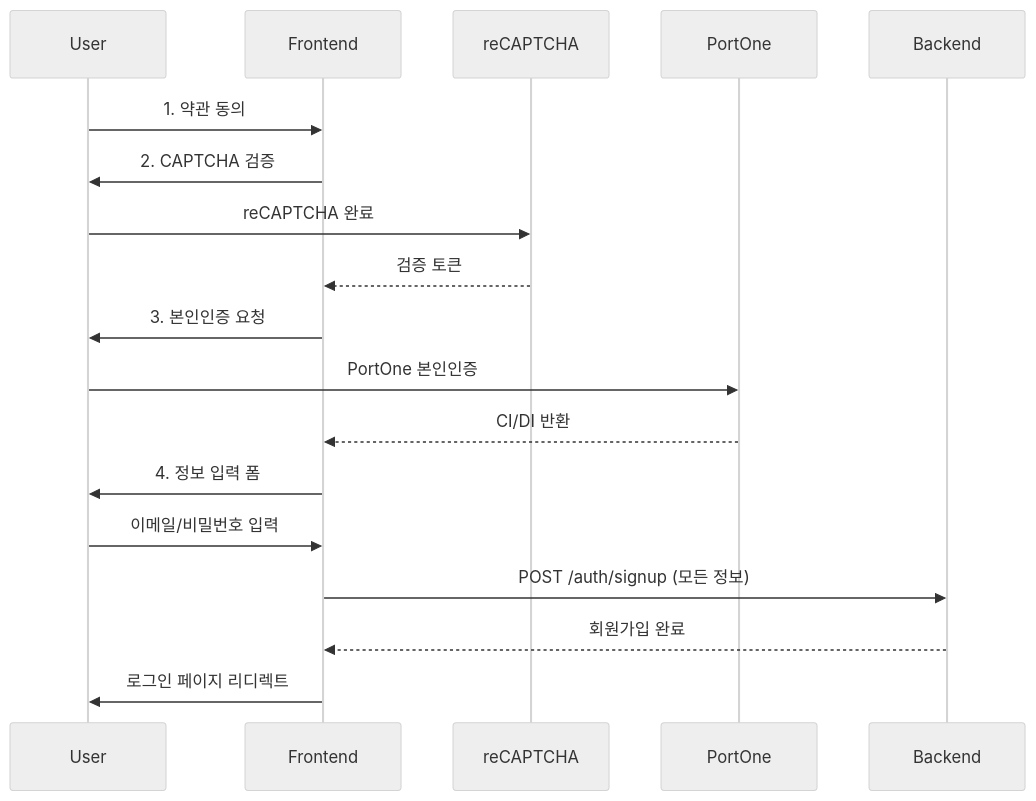
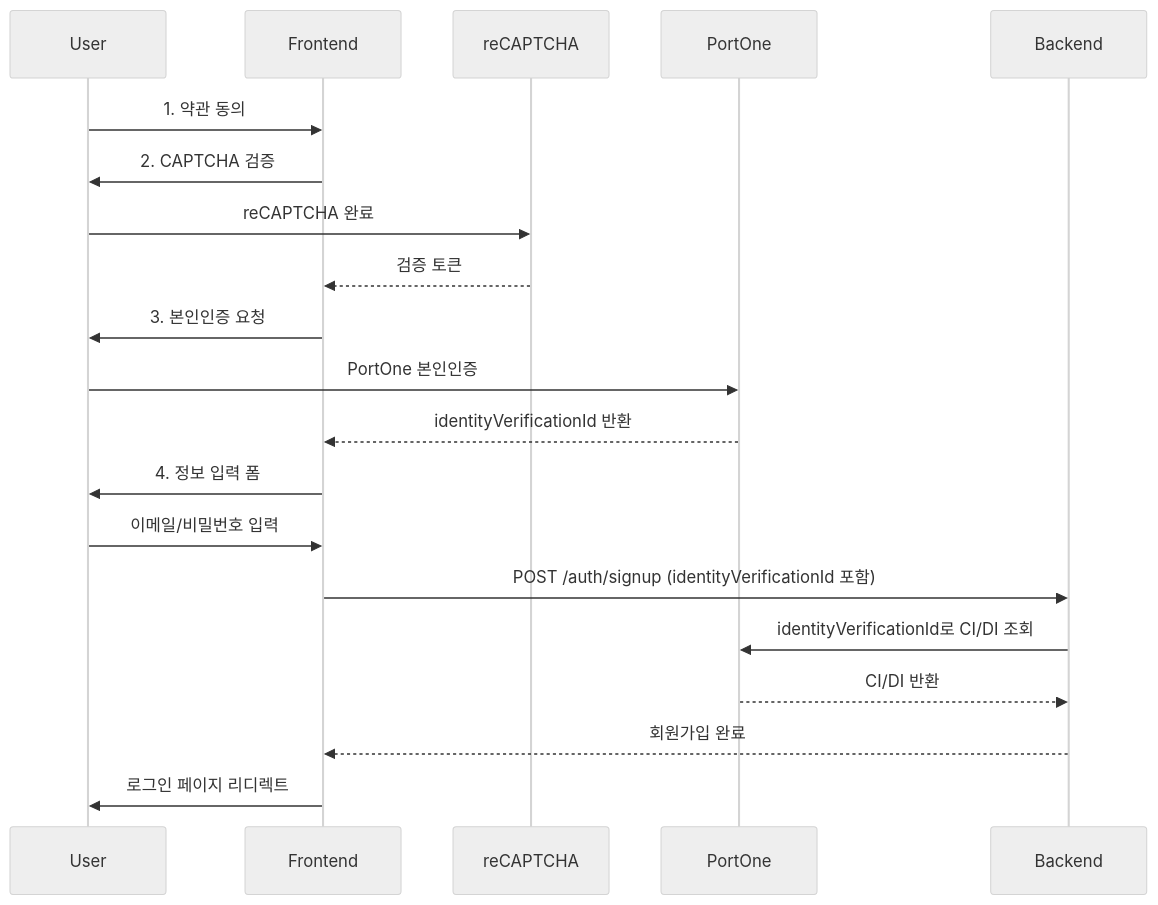
One commit to paircoders/ticket-queue changed the second of 3 diagrams in docs/frontend/04_auth_security.md. Above: the diagram before and after it, drawn with Mermaid (neutral theme). The commit also changed other lines of this file and 13 other files, not shown here.

````diff
--- a/docs/frontend/04_auth_security.md
+++ b/docs/frontend/04_auth_security.md
@@ -189,21 +189,23 @@
 ```mermaid
 sequenceDiagram
     participant User
     participant Frontend
     participant reCAPTCHA
     participant PortOne
     participant Backend
 
     User->>Frontend: 1. 약관 동의
     Frontend->>User: 2. CAPTCHA 검증
     User->>reCAPTCHA: reCAPTCHA 완료
     reCAPTCHA-->>Frontend: 검증 토큰
     Frontend->>User: 3. 본인인증 요청
     User->>PortOne: PortOne 본인인증
-    PortOne-->>Frontend: CI/DI 반환
+    PortOne-->>Frontend: identityVerificationId 반환
     Frontend->>User: 4. 정보 입력 폼
     User->>Frontend: 이메일/비밀번호 입력
-    Frontend->>Backend: POST /auth/signup (모든 정보)
+    Frontend->>Backend: POST /auth/signup (identityVerificationId 포함)
+    Backend->>PortOne: identityVerificationId로 CI/DI 조회
+    PortOne-->>Backend: CI/DI 반환
     Backend-->>Frontend: 회원가입 완료
     Frontend->>User: 로그인 페이지 리디렉트
 ```
````
